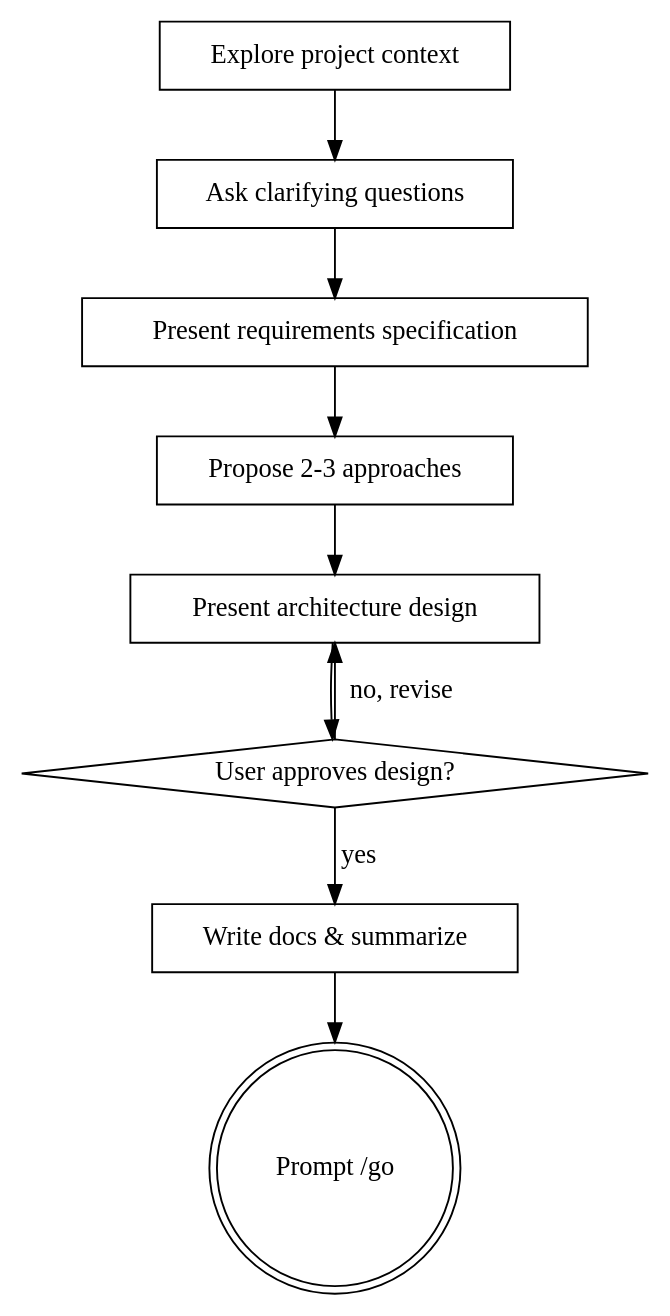
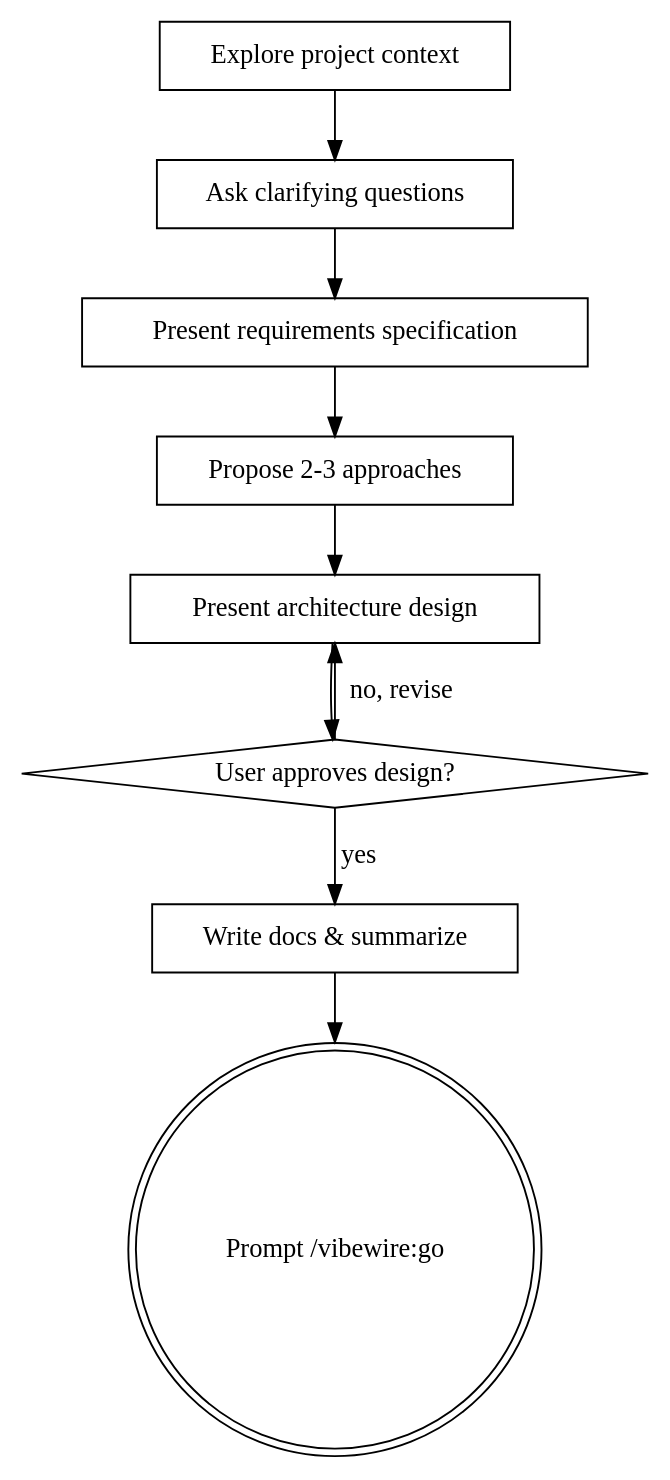
Before and after one commit to owniai/vibewire: the diagram in skills/plan/SKILL.md, drawn with Graphviz. The commit also changed other lines of this file, not shown here.

````diff
--- a/skills/plan/SKILL.md
+++ b/skills/plan/SKILL.md
@@ -36,21 +36,21 @@
 ```dot
 digraph plan {
     "Explore project context" [shape=box];
     "Ask clarifying questions" [shape=box];
     "Present requirements specification" [shape=box];
     "Propose 2-3 approaches" [shape=box];
     "Present architecture design" [shape=box];
     "User approves design?" [shape=diamond];
     "Write docs & summarize" [shape=box];
-    "Prompt /go" [shape=doublecircle];
+    "Prompt /vibewire:go" [shape=doublecircle];
 
     "Explore project context" -> "Ask clarifying questions";
     "Ask clarifying questions" -> "Present requirements specification";
     "Present requirements specification" -> "Propose 2-3 approaches";
     "Propose 2-3 approaches" -> "Present architecture design";
     "Present architecture design" -> "User approves design?";
     "User approves design?" -> "Present architecture design" [label="no, revise"];
     "User approves design?" -> "Write docs & summarize" [label="yes"];
-    "Write docs & summarize" -> "Prompt /go";
+    "Write docs & summarize" -> "Prompt /vibewire:go";
 }
 ```
````
